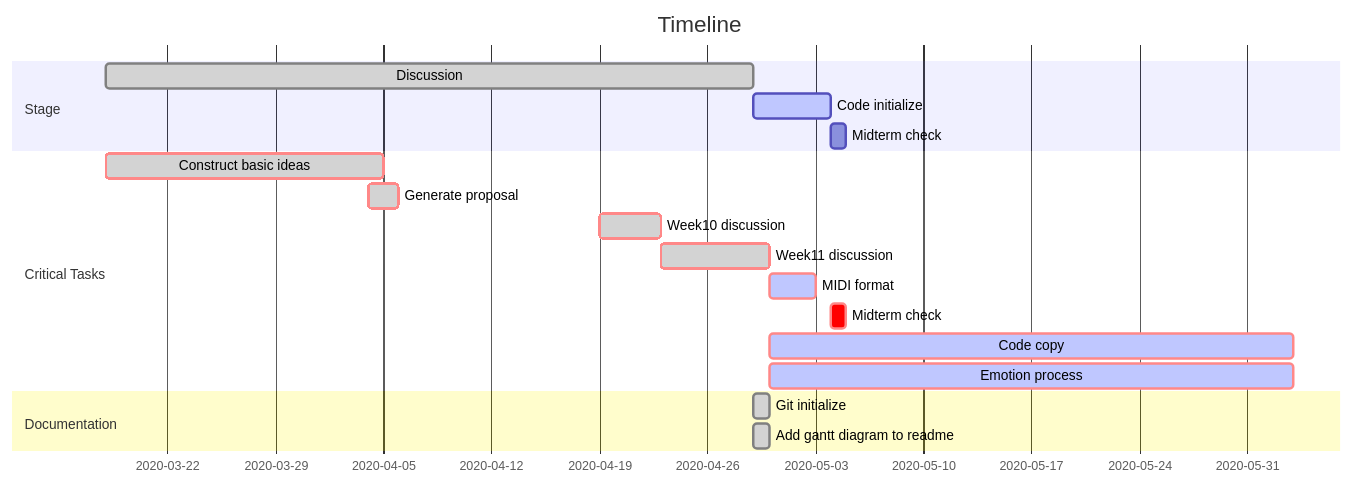
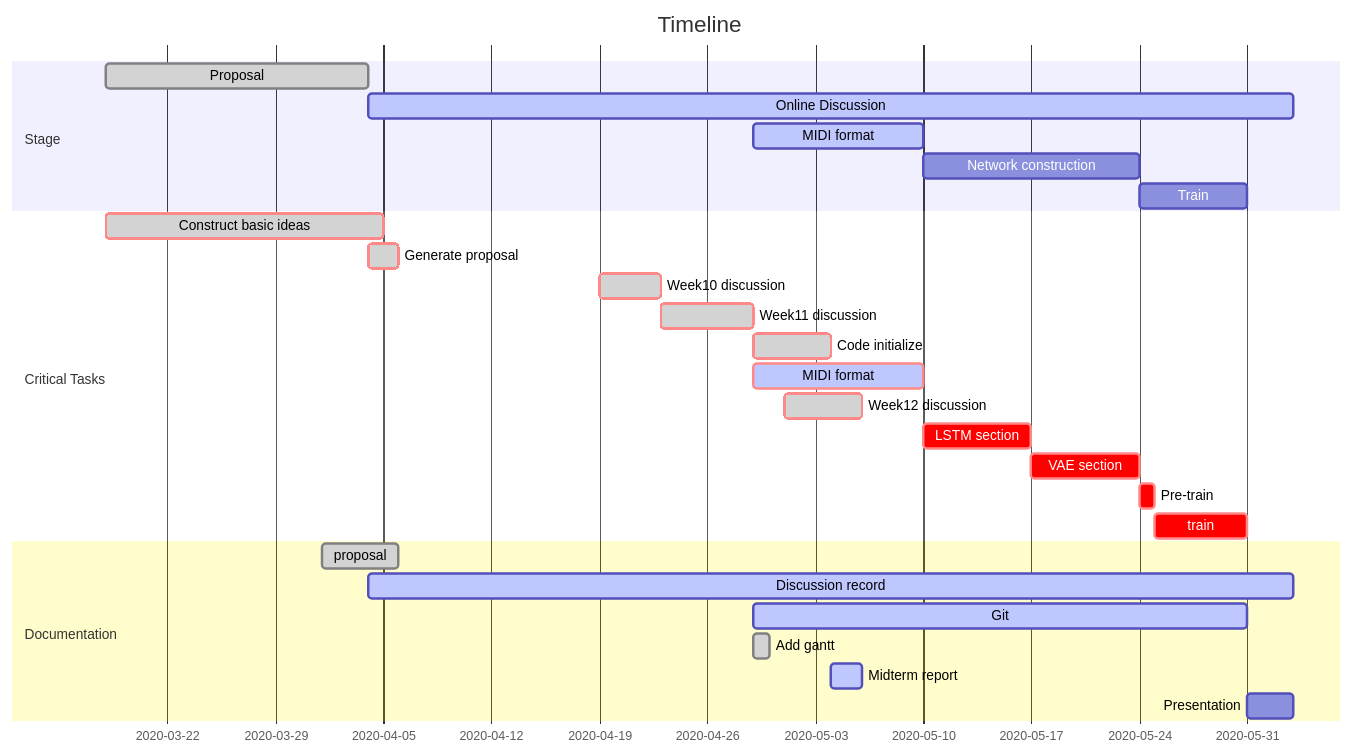
The diagram in static/gantt.md (AI-Composer/AIComposer), drawn with Mermaid before and after one commit. The commit also changed 1 other file, not shown here.

Commit message:
5/15/2020 Updated

````diff
--- a/static/gantt.md
+++ b/static/gantt.md
@@ -1,24 +1,35 @@
 ```mermaid
   gantt
   dateFormat  YYYY-MM-DD
   title Timeline
 
   section Stage
-  Discussion        :done,    des1, 2020-03-18, 2020-04-29
-  Code initialize   :active,  des2, 2020-04-29, 2020-05-04
-  Midterm check     :         des3, 2020-05-04, 2020-05-05
+  Proposal				:done,    des0, 2020-03-18, 2020-04-04
+  Online Discussion     :active,  des1, 2020-04-04, 2020-06-03
+  MIDI format       	:active,  des4, 2020-04-29, 2020-05-10
+  Network construction  :         des5, 2020-05-10, 2020-05-24
+  Train					:		  des6, 2020-05-24, 2020-05-31
+  
 
   section Critical Tasks
   Construct basic ideas               :crit, done,    2020-03-18, 2020-04-05
   Generate proposal                   :crit, done,    2020-04-04, 2020-04-06
   Week10 discussion                   :crit, done,    2020-04-19, 2020-04-23
-  Week11 discussion                   :crit, done,    7d
-  MIDI format                         :crit, active,  2020-04-30, 2020-05-03
-  Midterm check                       :crit,          2020-05-04, 2020-05-05
-  Code copy                           :crit, active,  2020-04-30, 2020-06-03
-  Emotion process                     :crit, active,  2020-04-30, 2020-06-03
+  Week11 discussion                   :crit, done,    6d
+  Code initialize   				  :crit, done,    2020-04-29, 2020-05-04
+  MIDI format                         :crit, active,  2020-04-29, 2020-05-10
+  Week12 discussion                   :crit, done,    2020-05-01, 2020-05-06
+  LSTM section						  :crit,          2020-05-10, 2020-05-17
+  VAE section						  :crit,          2020-05-17, 2020-05-24
+  Pre-train							  :crit,          2020-05-24, 2020-05-25
+  train								  :crit,		  2020-05-25, 2020-05-31
 
   section Documentation
-  Git initialize                      :done, a1, after des1, 1d
-  Add gantt diagram to readme         :done, a1, after des1, 1d
+  proposal 			  			      :done, 		  2020-04-01, 2020-04-06
+  Discussion record					  :active, 		  2020-04-04, 2020-06-03
+  Git				                  :active, 		  2020-04-29, 2020-05-31
+  Add gantt                           :done, 		  2020-04-29, 2020-04-30
+  Midterm report                      :active, 		  2020-05-04, 2020-05-06
+  Presentation						  :		          2020-05-31, 2020-06-03
+  
 ```
````
